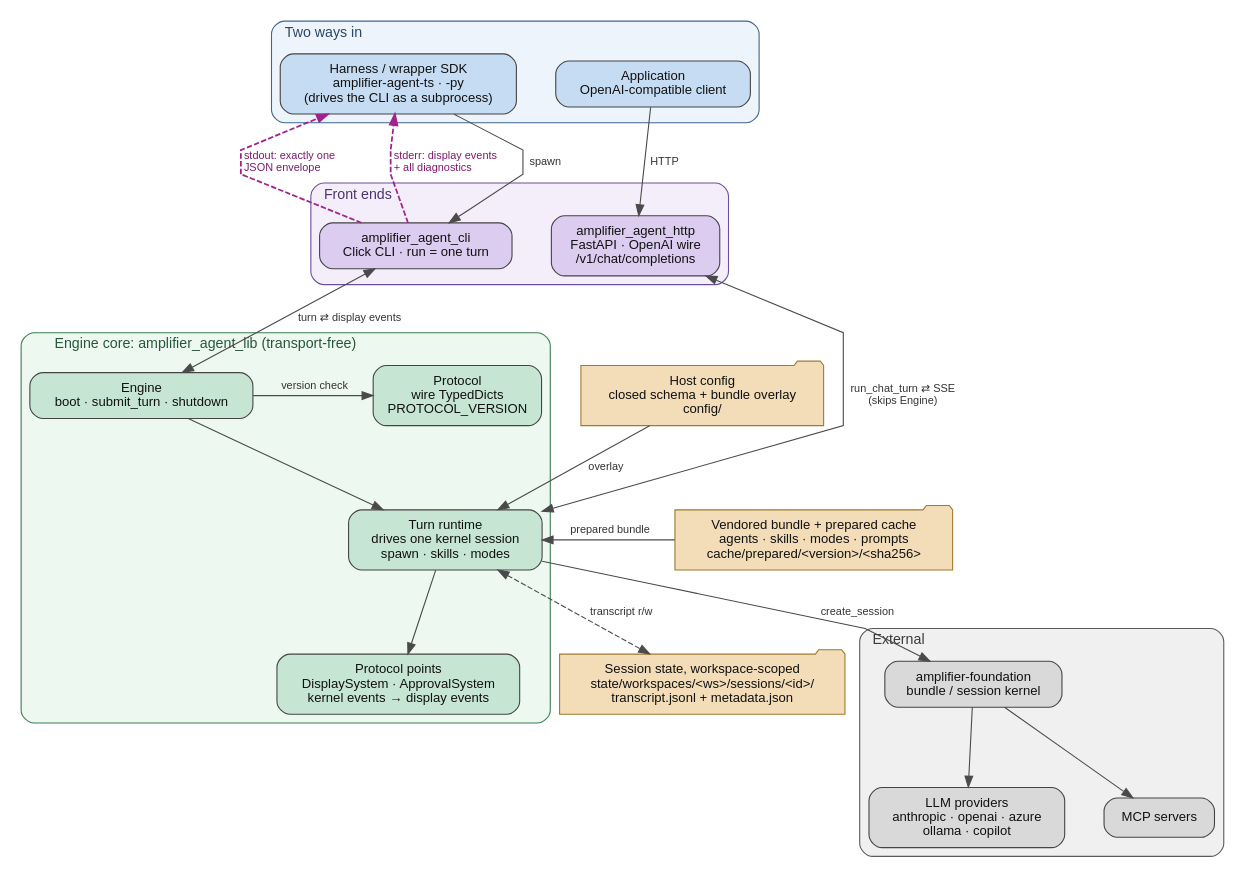
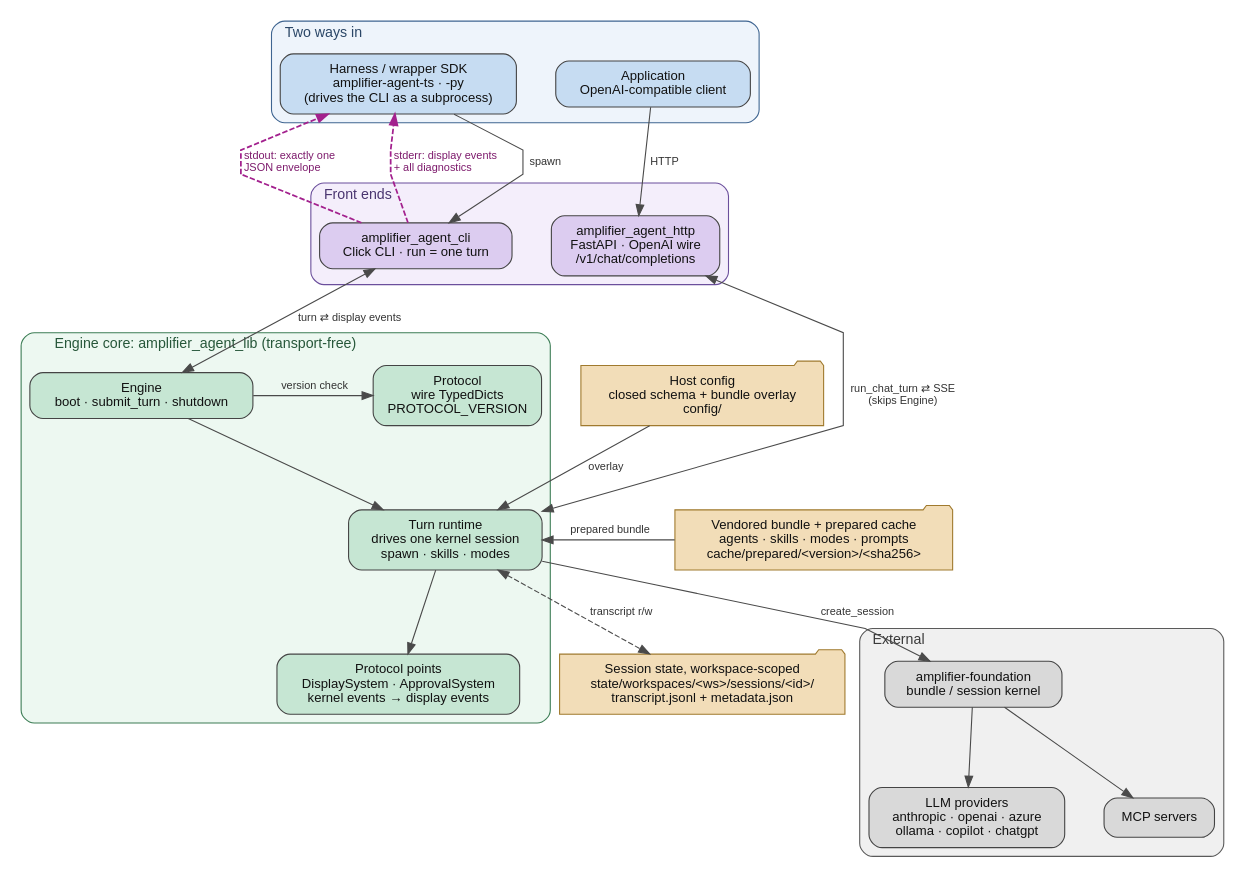
One commit to microsoft/amplifier-agent changed the diagram in docs/architecture/architecture.dot. Above: the diagram before and after it, drawn with Graphviz. The commit also changed 10 other files, not shown here.

First line of the commit message:
docs(providers): document openai-chatgpt provider

```diff
--- a/docs/architecture/architecture.dot
+++ b/docs/architecture/architecture.dot
@@ -1,128 +1,128 @@
 // amplifier-agent architecture.
 //
 // Source of truth for docs/architecture/architecture.png.
 // Regenerate with:  dot -Tpng architecture.dot -o architecture.png
 //
 // Scope: the shape of the system, not its inventory. Module groups are
 // collapsed into one node where the group behaves as one thing, and only the
 // edges that explain the system are drawn. See docs/ARCHITECTURE.md for the
 // narrative, docs/SPEC.md for the full contract surface, and
 // architecture/data-flows.md for step-by-step traces.
 
 digraph amplifier_agent {
   rankdir=TB;
   compound=true;
   newrank=true;
   splines=polyline;
   nodesep=0.5;
   ranksep=0.9;
 
   graph [fontname="Helvetica", fontsize=13, labelloc="t", labeljust="l"];
   node  [fontname="Helvetica", fontsize=12, shape=box, style="rounded,filled",
          color="#444444", fontcolor="#111111", margin="0.18,0.11"];
   edge  [fontname="Helvetica", fontsize=10, color="#4a4a4a", fontcolor="#333333"];
 
   // ------------------------------------------------------------- consumers
   subgraph cluster_consumers {
     label="Two ways in";
     style="rounded,filled";
     fillcolor="#eef4fb";
     color="#3f6591";
     fontcolor="#2b4767";
 
     node [fillcolor="#c6dcf2"];
     harness [label="Harness / wrapper SDK\namplifier-agent-ts · -py\n(drives the CLI as a subprocess)"];
     app     [label="Application\nOpenAI-compatible client"];
   }
 
   // ------------------------------------------------------------ front ends
   subgraph cluster_frontends {
     label="Front ends";
     style="rounded,filled";
     fillcolor="#f4eefb";
     color="#6b4f9c";
     fontcolor="#4a3570";
 
     node [fillcolor="#dcccf0"];
     cli  [label="amplifier_agent_cli\nClick CLI · run = one turn"];
     http [label="amplifier_agent_http\nFastAPI · OpenAI wire\n/v1/chat/completions"];
   }
 
   // ------------------------------------------------------------ engine core
   subgraph cluster_core {
     label="Engine core: amplifier_agent_lib (transport-free)";
     style="rounded,filled";
     fillcolor="#edf8f1";
     color="#3c7d55";
     fontcolor="#27573a";
 
     node [fillcolor="#c6e6d3"];
     engine   [label="Engine\nboot · submit_turn · shutdown"];
     protocol [label="Protocol\nwire TypedDicts\nPROTOCOL_VERSION"];
     runtime  [label="Turn runtime\ndrives one kernel session\nspawn · skills · modes"];
     points   [label="Protocol points\nDisplaySystem · ApprovalSystem\nkernel events → display events"];
   }
 
   // ------------------------------------------------------- inputs / on-disk
   // Deliberately not a cluster: an extra box here only stretches the layout.
   // Shared fill + folder shape carries the grouping. Home is
   // ~/.amplifier-agent ($AMPLIFIER_AGENT_HOME).
   {
     node [fillcolor="#f2ddb8", shape=folder, style="filled", color="#a07a2e"];
     bundle [label="Vendored bundle + prepared cache\nagents · skills · modes · prompts\ncache/prepared/<version>/<sha256>"];
     config [label="Host config\nclosed schema + bundle overlay\nconfig/"];
     state  [label="Session state, workspace-scoped\nstate/workspaces/<ws>/sessions/<id>/\ntranscript.jsonl + metadata.json"];
   }
 
   // -------------------------------------------------------------- external
   subgraph cluster_external {
     label="External";
     style="rounded,filled";
     fillcolor="#f0f0f0";
     color="#5a5a5a";
     fontcolor="#3a3a3a";
 
     node [fillcolor="#d9d9d9"];
     kernel    [label="amplifier-foundation\nbundle / session kernel"];
-    providers [label="LLM providers\nanthropic · openai · azure\nollama · copilot"];
+    providers [label="LLM providers\nanthropic · openai · azure\nollama · copilot · chatgpt"];
     mcp       [label="MCP servers"];
   }
 
   // ==================================================================== edges
 
   // in
   harness -> cli  [label="  spawn"];
   app     -> http [label="  HTTP"];
 
   // the CLI stream contract: one envelope out, everything else on stderr
   cli -> harness [color="#a3218e", fontcolor="#7d1a6c", style=dashed, penwidth=1.6,
                   label="  stdout: exactly one\l  JSON envelope\l"];
   cli -> harness [color="#a3218e", fontcolor="#7d1a6c", style=dashed, penwidth=1.6,
                   label="  stderr: display events\l  + all diagnostics\l"];
 
   // both front ends reach the same core; output returns the same way
   cli  -> engine  [dir=both, label="  turn ⇄ display events"];
   http -> runtime [dir=both, label="  run_chat_turn ⇄ SSE\n  (skips Engine)"];
 
   // core internals
   engine  -> protocol [label="  version check"];
   engine  -> runtime;
   runtime -> points;
   runtime -> kernel   [label="  create_session"];
 
   // inputs feed the core; session state comes back out
   bundle  -> runtime [label="  prepared bundle"];
   config  -> runtime [label="  overlay"];
   runtime -> state   [dir=both, style=dashed, label="  transcript r/w"];
 
   // external fan-out
   kernel -> providers;
   kernel -> mcp;
 
   // layering
   { rank=same; harness; app; }
   { rank=same; cli; http; }
   { rank=same; engine; protocol; config; }
   { rank=same; runtime; bundle; }
   { rank=same; points; state; kernel; }
 }
```
